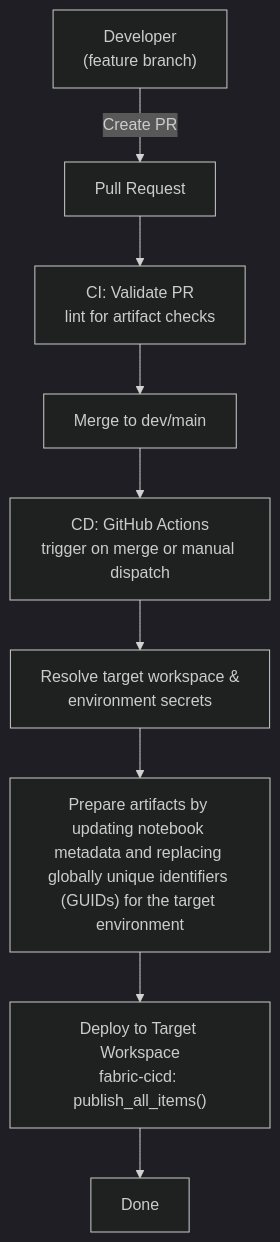
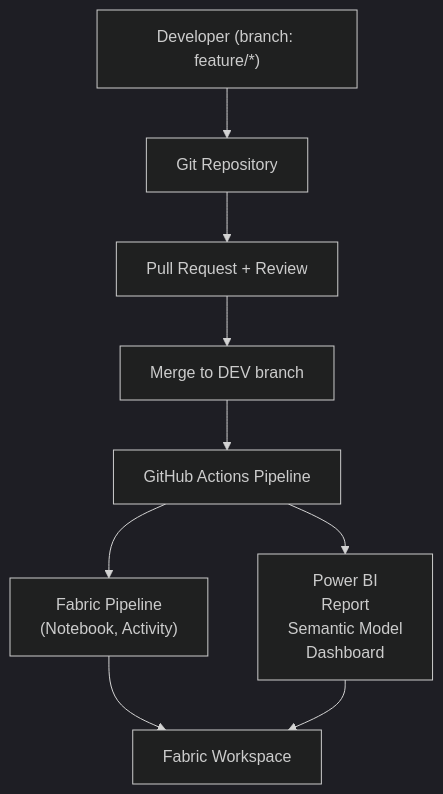
The diagram in cicd/diagrams/fabric-cicd.mermaid (anhtnt90dev/rookies-data-dn-2026), drawn with Mermaid (dark theme) before and after one commit.

Commit message:
chore: change doc for diagram cicd

```diff
--- a/cicd/diagrams/fabric-cicd.mermaid
+++ b/cicd/diagrams/fabric-cicd.mermaid
@@ -1,9 +1,9 @@
 flowchart TD
-  A["Developer<br>(feature branch)"] -->|Create PR| B["Pull Request"]
-  B --> C["CI: Validate PR<br>lint for artifact checks"]
-  C --> D["Merge to dev/main"]
-  D --> E["CD: GitHub Actions<br>trigger on merge or manual dispatch"]
-  E --> F["Resolve target workspace &<br>environment secrets"]
-  F --> G["Prepare artifacts by updating notebook metadata and replacing globally unique identifiers (GUIDs) for the target environment"]
-  G --> H["Deploy to Target Workspace<br>fabric-cicd: publish_all_items()"]
-  H --> N["Done"]
+  Dev["Developer (branch: feature/*)"] --> Repo["Git Repository"]
+  Repo --> PR["Pull Request + Review"]
+  PR --> Merge["Merge to DEV branch"]
+  Merge --> Actions["GitHub Actions Pipeline"]
+  Actions --> Fabric["Fabric Pipeline <br> (Notebook, Activity)"]
+  Actions --> PowerBI["Power BI<br>Report<br>Semantic Model<br>Dashboard"]
+  Fabric --> Workspace["Fabric Workspace"]
+  PowerBI --> Workspace
```
